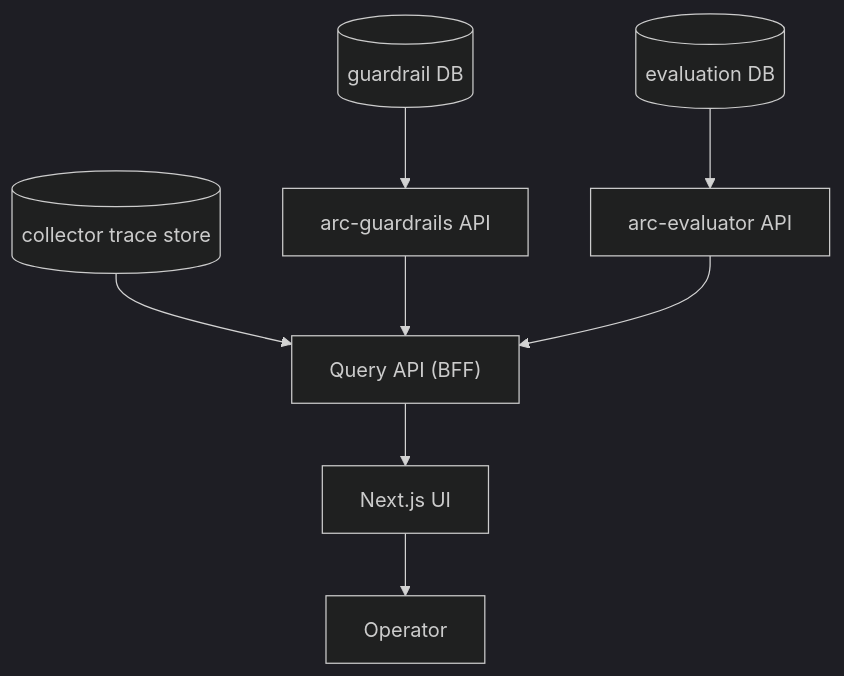
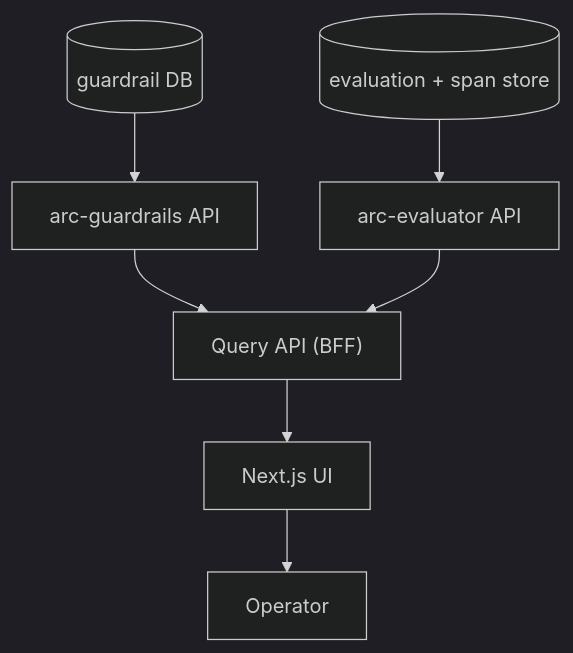
One commit to DimitarAtanassov/arc-platform changed the diagram in docs/arc-platform.md. Above: the diagram before and after it, drawn with Mermaid (dark theme). The commit also changed other lines of this file and 14 other files, not shown here.

````diff
--- a/docs/arc-platform.md
+++ b/docs/arc-platform.md
@@ -15,10 +16,9 @@
 ```mermaid
 flowchart TD
     GRDB[("guardrail DB")] --> GR["arc-guardrails API"]
-    EVDB[("evaluation DB")] --> EV["arc-evaluator API"]
-    COLDB[("collector trace store")] --> BFF["Query API (BFF)"]
-    GR --> BFF
+    EVDB[("evaluation + span store")] --> EV["arc-evaluator API"]
+    GR --> BFF["Query API (BFF)"]
     EV --> BFF
     BFF --> UI["Next.js UI"]
     UI --> OP["Operator"]
 ```
````
